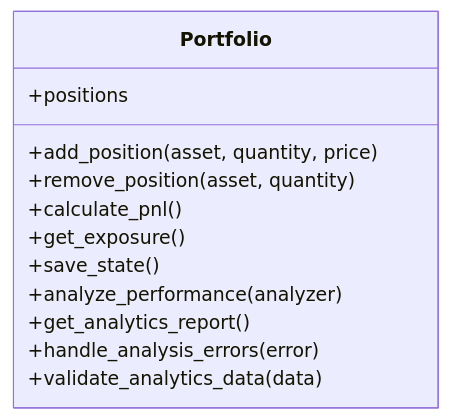
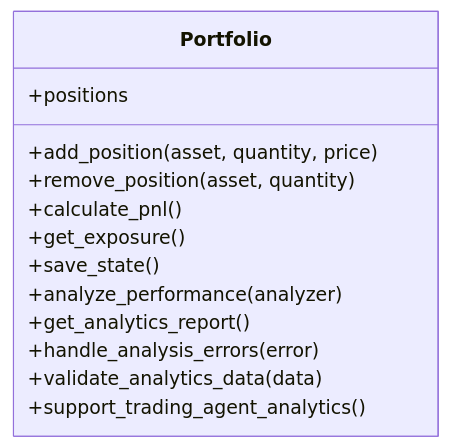
Before and after one commit to ZengSeng/telegram-bot: the sixth of 12 diagrams in .qoder/repowiki/en/content/Core Components/Analysis Framework.md, drawn with Mermaid. The commit also changed other lines of this file and 7 other files, not shown here.

````diff
--- a/.qoder/repowiki/en/content/Core Components/Analysis Framework.md
+++ b/.qoder/repowiki/en/content/Core Components/Analysis Framework.md
@@ -340,15 +321,16 @@
 ```mermaid
 classDiagram
 class Portfolio {
 +positions
 +add_position(asset, quantity, price)
 +remove_position(asset, quantity)
 +calculate_pnl()
 +get_exposure()
 +save_state()
 +analyze_performance(analyzer)
 +get_analytics_report()
 +handle_analysis_errors(error)
 +validate_analytics_data(data)
++support_trading_agent_analytics()
 }
 ```
````
